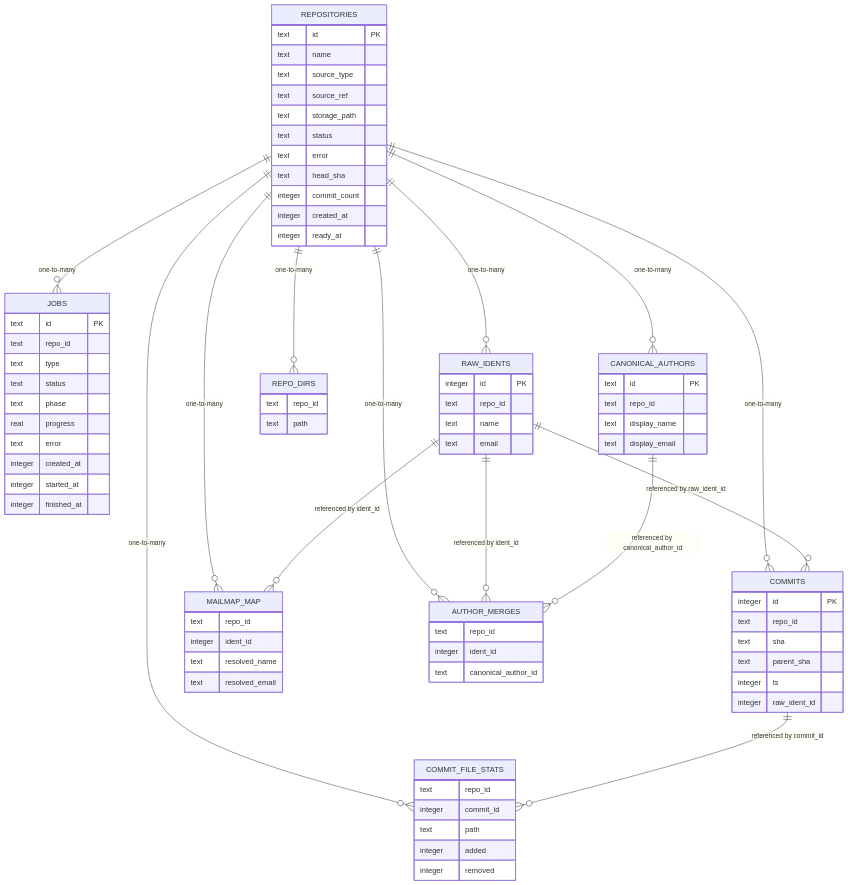
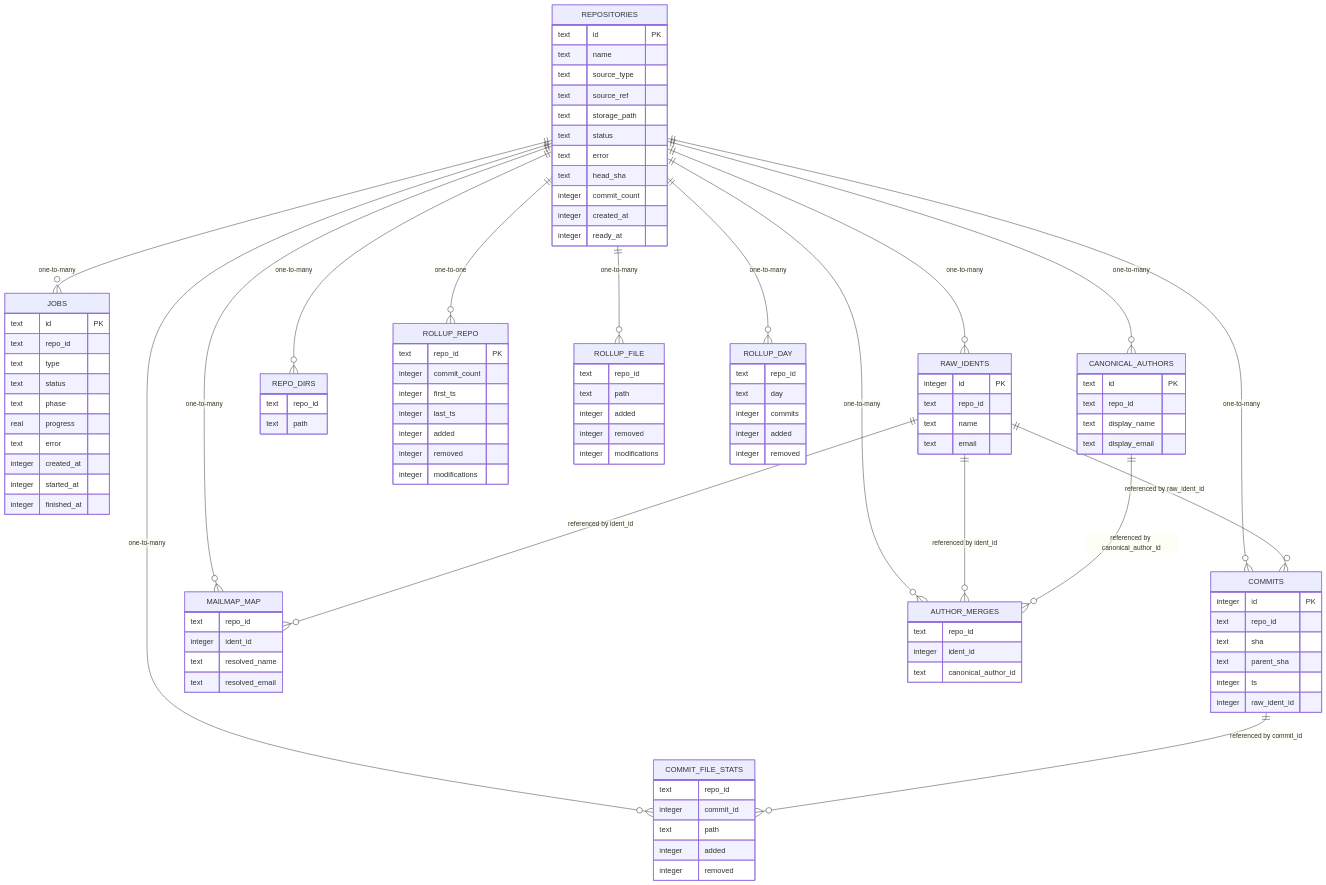
The second of 11 diagrams in .qoder/repowiki/en/content/Data Models & Database Schema/Database Schema.md (ZFakir/SDPTestOne2799656), drawn with Mermaid before and after one commit. The commit also changed other lines of this file and 115 other files, not shown here.

```diff
--- a/.qoder/repowiki/en/content/Data Models & Database Schema/Database Schema.md
+++ b/.qoder/repowiki/en/content/Data Models & Database Schema/Database Schema.md
@@ -157,6 +173,29 @@
 text repo_id
 text path
 }
+ROLLUP_REPO {
+text repo_id PK
+integer commit_count
+integer first_ts
+integer last_ts
+integer added
+integer removed
+integer modifications
+}
+ROLLUP_FILE {
+text repo_id
+text path
+integer added
+integer removed
+integer modifications
+}
+ROLLUP_DAY {
+text repo_id
+text day
+integer commits
+integer added
+integer removed
+}
 REPOSITORIES ||--o{ JOBS : "one-to-many"
 REPOSITORIES ||--o{ RAW_IDENTS : "one-to-many"
 REPOSITORIES ||--o{ COMMITS : "one-to-many"
@@ -165,6 +204,9 @@
 REPOSITORIES ||--o{ CANONICAL_AUTHORS : "one-to-many"
 REPOSITORIES ||--o{ AUTHOR_MERGES : "one-to-many"
 REPOSITORIES ||--o{ REPO_DIRS : "one-to-many"
+REPOSITORIES ||--o{ ROLLUP_REPO : "one-to-one"
+REPOSITORIES ||--o{ ROLLUP_FILE : "one-to-many"
+REPOSITORIES ||--o{ ROLLUP_DAY : "one-to-many"
 RAW_IDENTS ||--o{ COMMITS : "referenced by raw_ident_id"
 RAW_IDENTS ||--o{ MAILMAP_MAP : "referenced by ident_id"
 RAW_IDENTS ||--o{ AUTHOR_MERGES : "referenced by ident_id"
```
